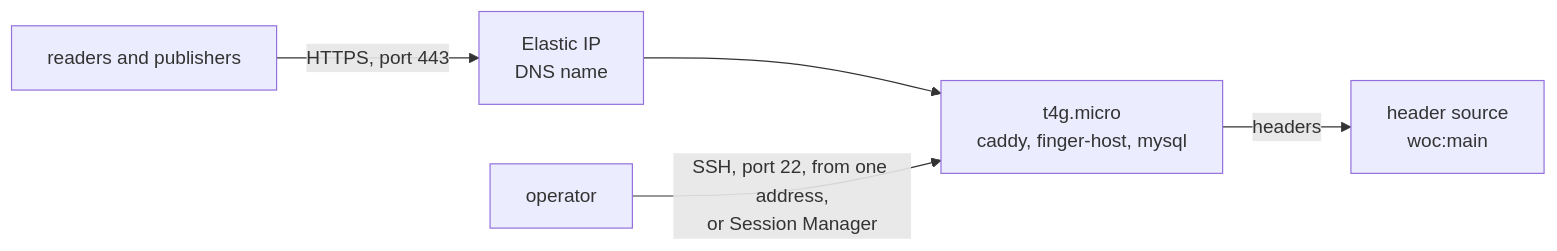
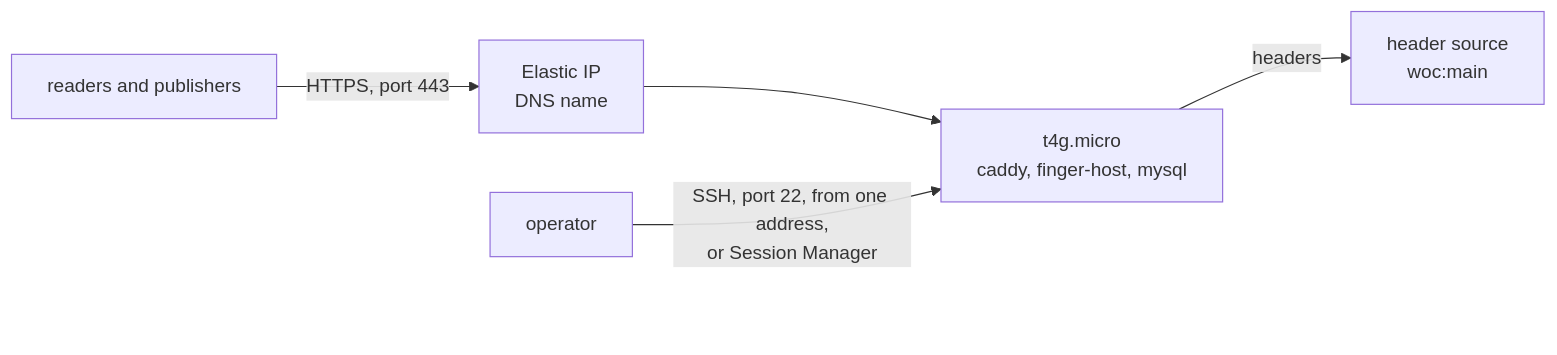
One commit to lightwebinc/bfinger changed the diagram in deploy/aws/README.md. Above: the diagram before and after it, drawn with Mermaid. The commit also changed 9 other files, not shown here.

First line of the commit message:
[Fix] diagrams: a spacer where the viewer's controls land

````diff
--- a/deploy/aws/README.md
+++ b/deploy/aws/README.md
@@ -8,7 +8,12 @@
 ```mermaid
 flowchart LR
   R["readers and publishers"] -->|"HTTPS, port 443"| E["Elastic IP<br/>DNS name"]
   E --> I["t4g.micro<br/>caddy, finger-host, mysql"]
   O["operator"] -->|"SSH, port 22, from one address,<br/>or Session Manager"| I
   I -->|headers| W["header source<br/>woc:main"]
+  %% The last node is an invisible spacer in the rightmost rank: the rendered
+  %% viewer places its zoom and pan controls over the bottom-right corner.
+  I ~~~ pad
+  pad["&nbsp;<br/>&nbsp;<br/>&nbsp;<br/>&nbsp;<br/>&nbsp;"]:::pad
+  classDef pad fill:none,stroke:none,color:transparent
 ```
````
